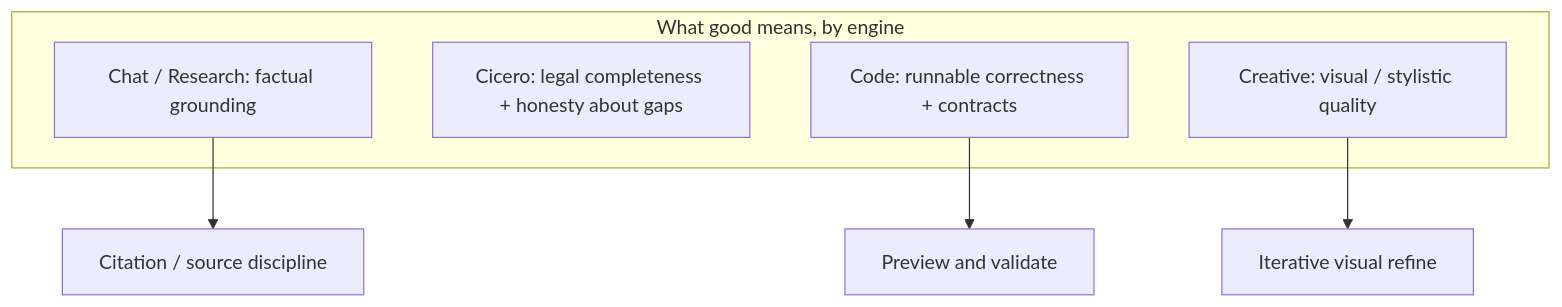
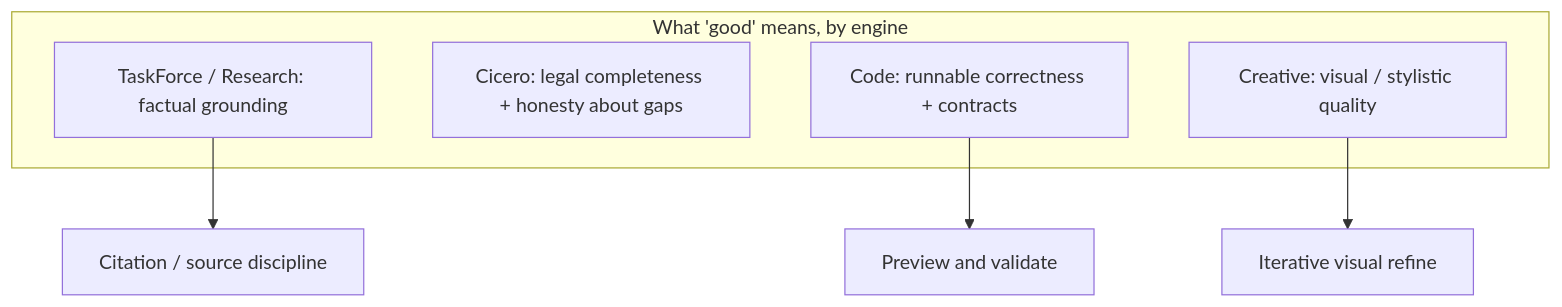
Before and after one commit to Beunec/beunec-site-staging: the second of 2 diagrams in Beunec Docs/rivine agentic engines/rivine_creative.md, drawn with Mermaid. The commit also changed other lines of this file and 31 other files, not shown here.

First line of the commit message:
Ship Aselius docs updates for production: TaskForce, security disclosure, launch date

````diff
--- a/Beunec Docs/rivine agentic engines/rivine_creative.md
+++ b/Beunec Docs/rivine agentic engines/rivine_creative.md
@@ -23,12 +31,12 @@
 ```mermaid
 flowchart TD
-    subgraph Compared["What good means, by engine"]
-        Chat[Chat / Research: factual grounding]
+    subgraph Compared["What 'good' means, by engine"]
+        TF[TaskForce / Research: factual grounding]
         Legal[Cicero: legal completeness + honesty about gaps]
         Code[Code: runnable correctness + contracts]
         Creative[Creative: visual / stylistic quality]
     end
     Creative --> Loop[Iterative visual refine]
-    Chat --> Cite[Citation / source discipline]
+    TF --> Cite[Citation / source discipline]
     Code --> Run[Preview and validate]
 ```
````
